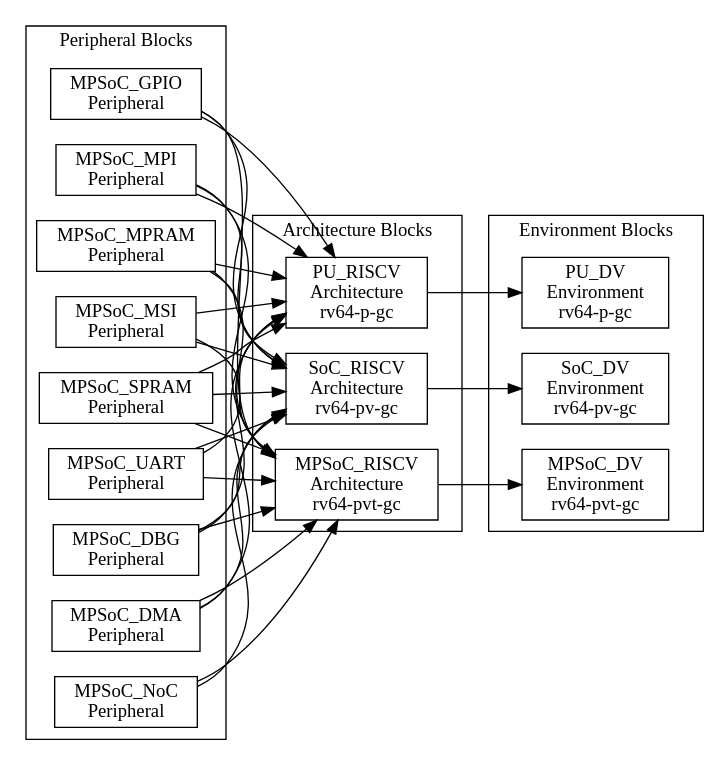
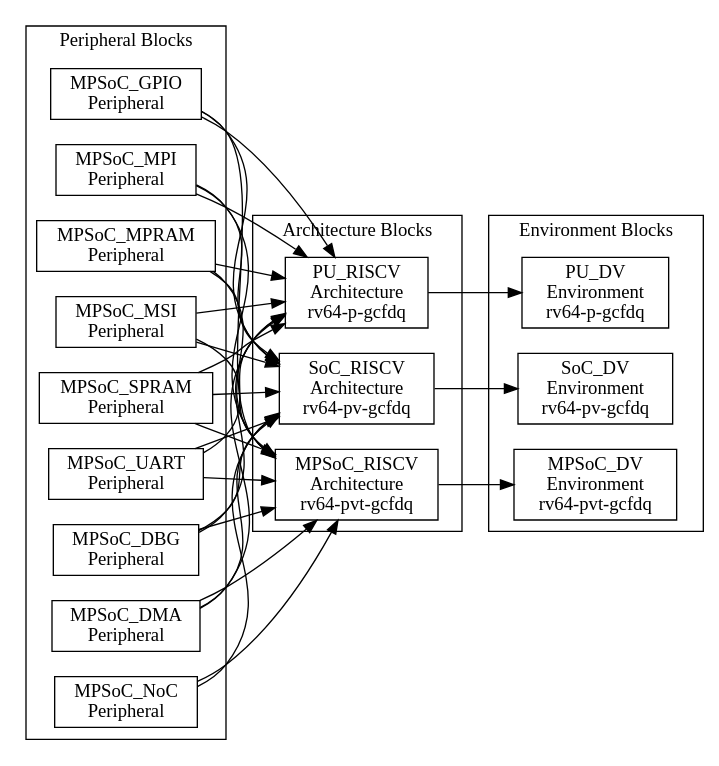
Before and after one commit to PacoReinaCampo/PU-RISCV: the diagram in doc/isa/assets/dependences-global.dot, drawn with Graphviz. The commit also changed 24 other files, not shown here.

```diff
--- a/doc/isa/assets/dependences-global.dot
+++ b/doc/isa/assets/dependences-global.dot
@@ -1,69 +1,69 @@
 digraph Project {
   // Introduction
   graph [rankdir = LR];
   node[shape=record];
 
   // Peripheral Blocks
   subgraph "cluster PeripheralBlocks" { label = "Peripheral Blocks";
     MPSoC_DBG[label="MPSoC_DBG\nPeripheral"];
     MPSoC_DMA[label="MPSoC_DMA\nPeripheral"];
     MPSoC_GPIO[label="MPSoC_GPIO\nPeripheral"];
     MPSoC_MPI[label="MPSoC_MPI\nPeripheral"];
     MPSoC_MPRAM[label="MPSoC_MPRAM\nPeripheral"];
     MPSoC_MSI[label="MPSoC_MSI\nPeripheral"];
     MPSoC_NoC[label="MPSoC_NoC\nPeripheral"];
     MPSoC_SPRAM[label="MPSoC_SPRAM\nPeripheral"];
     MPSoC_UART[label="MPSoC_UART\nPeripheral"];
   }
 
   // Architecture Blocks
   subgraph "cluster ArchitectureBlocks" { label = "Architecture Blocks";
-    MPSoC_RISCV[label="MPSoC_RISCV\nArchitecture\nrv64-pvt-gc"];
-    SoC_RISCV[label="SoC_RISCV\nArchitecture\nrv64-pv-gc"];
-    PU_RISCV[label="PU_RISCV\nArchitecture\nrv64-p-gc"];
+    MPSoC_RISCV[label="MPSoC_RISCV\nArchitecture\nrv64-pvt-gcfdq"];
+    SoC_RISCV[label="SoC_RISCV\nArchitecture\nrv64-pv-gcfdq"];
+    PU_RISCV[label="PU_RISCV\nArchitecture\nrv64-p-gcfdq"];
   }
 
   // Environment Blocks
   subgraph "cluster EnvironmentBlocks" { label = "Environment Blocks";
-    MPSoC_DV[label="MPSoC_DV\nEnvironment\nrv64-pvt-gc"];
-    SoC_DV[label="SoC_DV\nEnvironment\nrv64-pv-gc"];
-    PU_DV[label="PU_DV\nEnvironment\nrv64-p-gc"];
+    MPSoC_DV[label="MPSoC_DV\nEnvironment\nrv64-pvt-gcfdq"];
+    SoC_DV[label="SoC_DV\nEnvironment\nrv64-pv-gcfdq"];
+    PU_DV[label="PU_DV\nEnvironment\nrv64-p-gcfdq"];
   }
 
   // Peripheral -> Architecture
   MPSoC_DBG -> MPSoC_RISCV;
   MPSoC_DMA -> MPSoC_RISCV;
   MPSoC_GPIO -> MPSoC_RISCV;
   MPSoC_MPI -> MPSoC_RISCV;
   MPSoC_MPRAM -> MPSoC_RISCV;
   MPSoC_MSI -> MPSoC_RISCV;
   MPSoC_NoC -> MPSoC_RISCV;
   MPSoC_SPRAM -> MPSoC_RISCV;
   MPSoC_UART -> MPSoC_RISCV;
 
   MPSoC_DBG -> SoC_RISCV;
   MPSoC_DMA -> SoC_RISCV;
   MPSoC_GPIO -> SoC_RISCV;
   MPSoC_MPI -> SoC_RISCV;
   MPSoC_MPRAM -> SoC_RISCV;
   MPSoC_MSI -> SoC_RISCV;
   MPSoC_NoC -> SoC_RISCV;
   MPSoC_SPRAM -> SoC_RISCV;
   MPSoC_UART -> SoC_RISCV;
 
   MPSoC_DBG -> PU_RISCV;
   MPSoC_DMA -> PU_RISCV;
   MPSoC_GPIO -> PU_RISCV;
   MPSoC_MPI -> PU_RISCV;
   MPSoC_MPRAM -> PU_RISCV;
   MPSoC_MSI -> PU_RISCV;
   MPSoC_SPRAM -> PU_RISCV;
   MPSoC_UART -> PU_RISCV;
 
   // Architecture -> Environment
   PU_RISCV -> PU_DV;
 
   SoC_RISCV -> SoC_DV;
 
   MPSoC_RISCV -> MPSoC_DV;
 }
```
